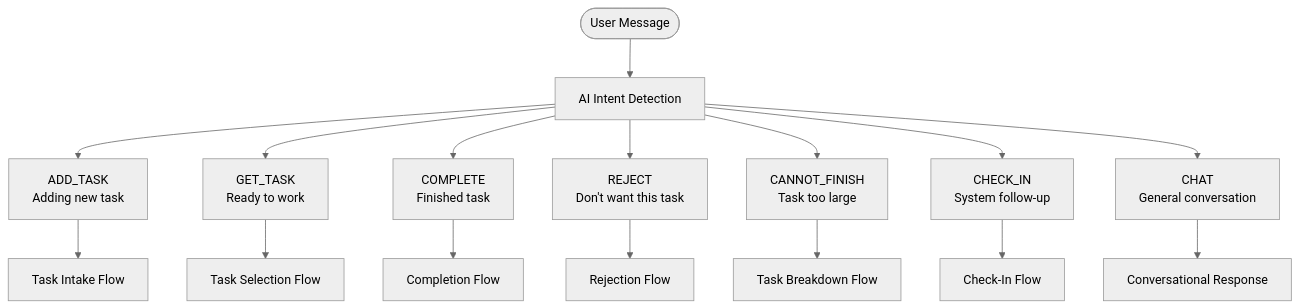
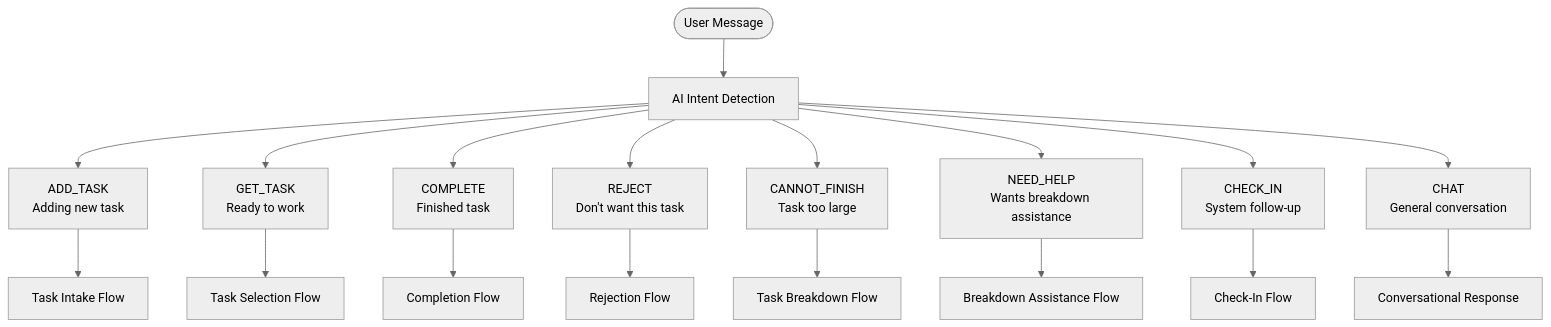
The first of 28 diagrams in docs/user-interactions.md (NickBorgers/hide-my-list), drawn with Mermaid (neutral theme) before and after one commit. The commit also changed other lines of this file and 3 other files, not shown here.

First line of the commit message:
Add proactive sub-task generation and on-demand breakdown assistance

````diff
--- a/docs/user-interactions.md
+++ b/docs/user-interactions.md
@@ -9,20 +9,22 @@
 ```mermaid
 flowchart TD
     Message([User Message]) --> Detect[AI Intent Detection]
 
     Detect --> AddTask["ADD_TASK<br/>Adding new task"]
     Detect --> GetTask["GET_TASK<br/>Ready to work"]
     Detect --> Complete["COMPLETE<br/>Finished task"]
     Detect --> Reject["REJECT<br/>Don't want this task"]
     Detect --> CannotFinish["CANNOT_FINISH<br/>Task too large"]
+    Detect --> NeedHelp["NEED_HELP<br/>Wants breakdown assistance"]
     Detect --> CheckIn["CHECK_IN<br/>System follow-up"]
     Detect --> Chat["CHAT<br/>General conversation"]
 
     AddTask --> IntakeFlow[Task Intake Flow]
     GetTask --> SelectionFlow[Task Selection Flow]
     Complete --> CompletionFlow[Completion Flow]
     Reject --> RejectionFlow[Rejection Flow]
     CannotFinish --> BreakdownFlow[Task Breakdown Flow]
+    NeedHelp --> AssistFlow[Breakdown Assistance Flow]
     CheckIn --> CheckInFlow[Check-In Flow]
     Chat --> ChatResponse[Conversational Response]
 ```
````
